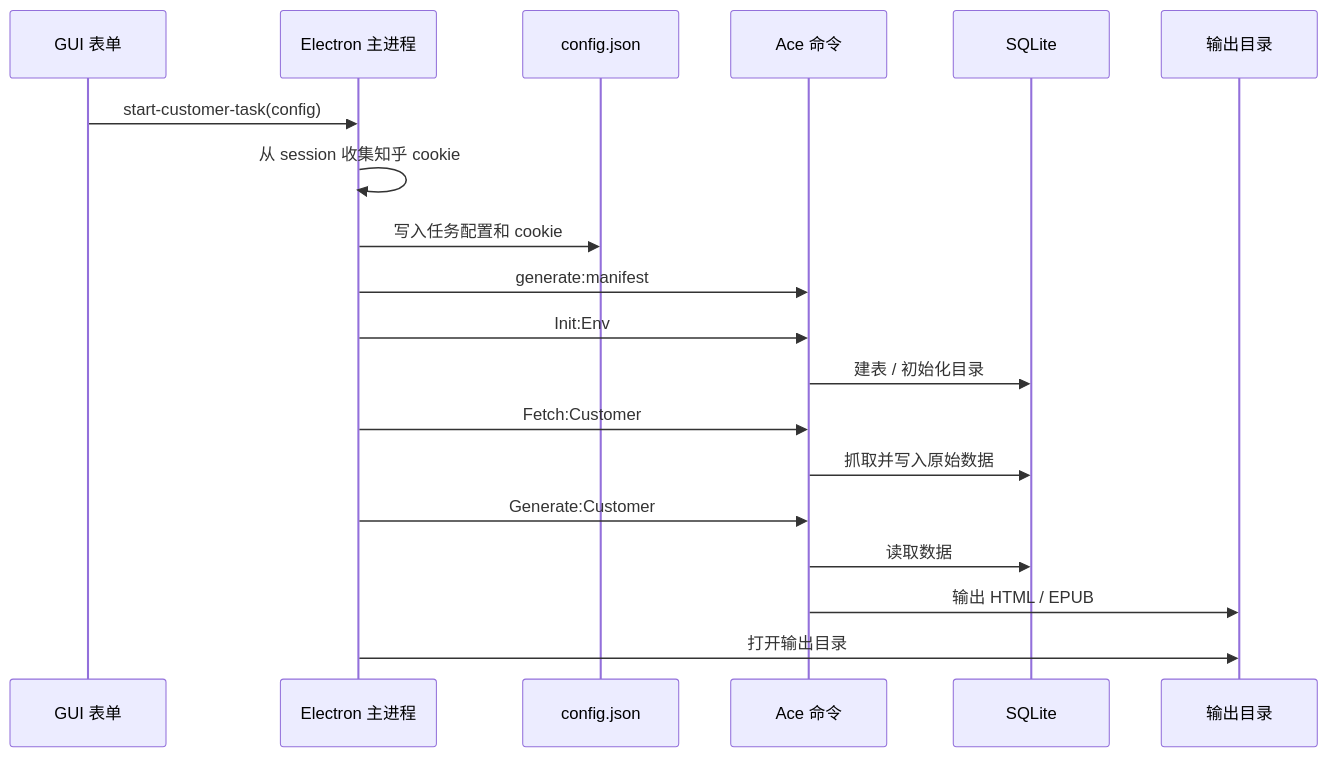
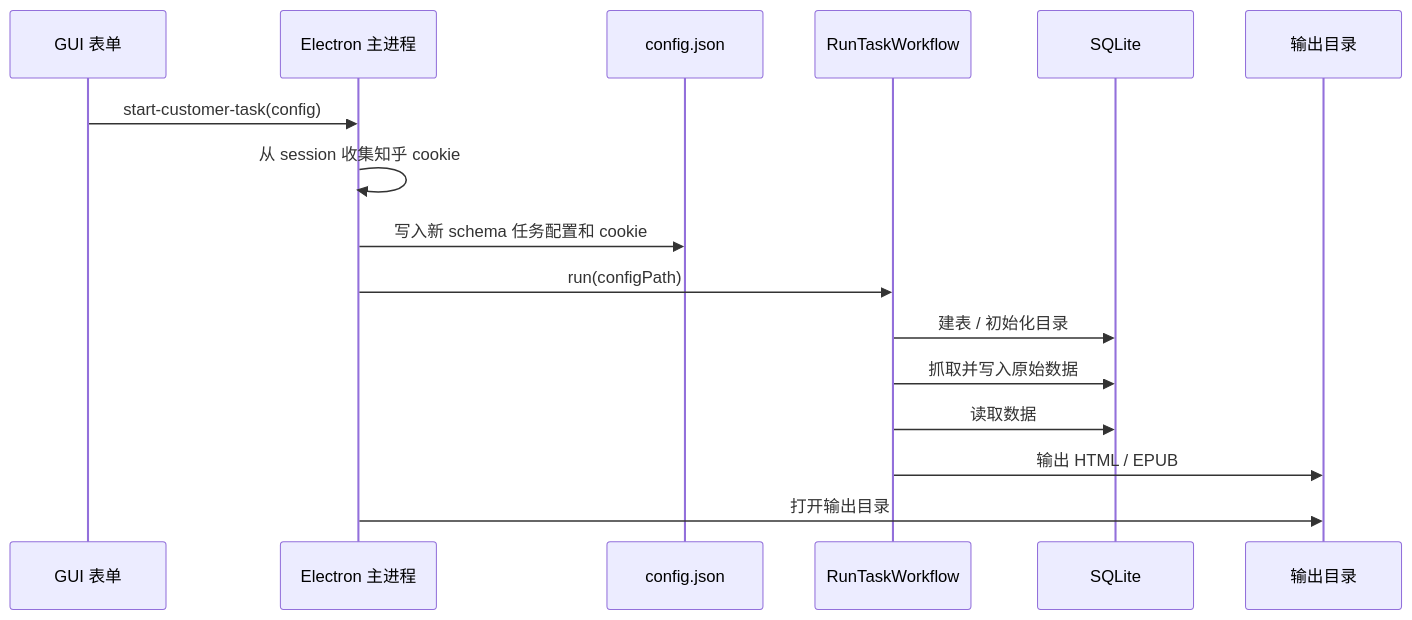
Before and after one commit to YaoZeyuan/zhihuhelp: the second of 4 diagrams in doc/项目架构与工作流.md, drawn with Mermaid. The commit also changed other lines of this file and 34 other files, not shown here.

````diff
--- a/doc/项目架构与工作流.md
+++ b/doc/项目架构与工作流.md
@@ -122,22 +123,19 @@
 ```mermaid
 sequenceDiagram
   participant GUI as GUI 表单
   participant Main as Electron 主进程
   participant Config as config.json
-  participant Ace as Ace 命令
+  participant Workflow as RunTaskWorkflow
   participant DB as SQLite
   participant FS as 输出目录
 
   GUI->>Main: start-customer-task(config)
   Main->>Main: 从 session 收集知乎 cookie
-  Main->>Config: 写入任务配置和 cookie
-  Main->>Ace: generate:manifest
-  Main->>Ace: Init:Env
-  Ace->>DB: 建表 / 初始化目录
-  Main->>Ace: Fetch:Customer
-  Ace->>DB: 抓取并写入原始数据
-  Main->>Ace: Generate:Customer
-  Ace->>DB: 读取数据
-  Ace->>FS: 输出 HTML / EPUB
+  Main->>Config: 写入新 schema 任务配置和 cookie
+  Main->>Workflow: run(configPath)
+  Workflow->>DB: 建表 / 初始化目录
+  Workflow->>DB: 抓取并写入原始数据
+  Workflow->>DB: 读取数据
+  Workflow->>FS: 输出 HTML / EPUB
   Main->>FS: 打开输出目录
 ```
````
